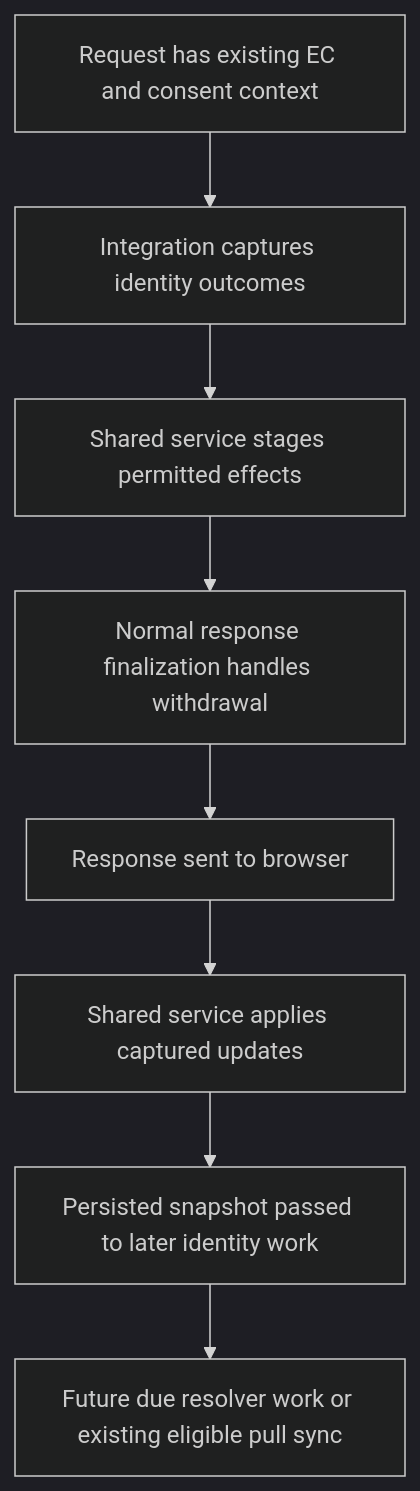
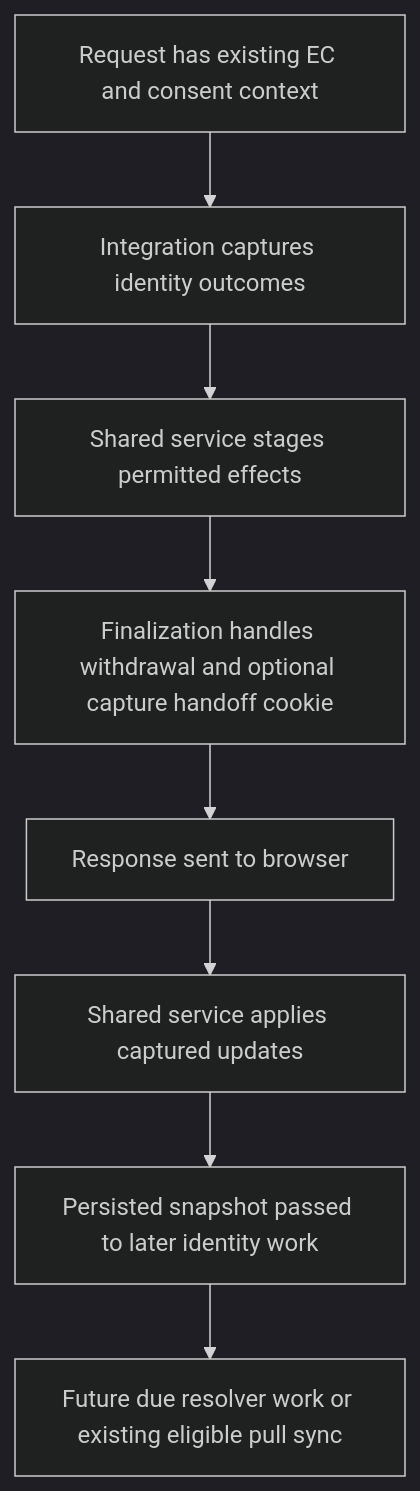
The second of 2 diagrams in docs/superpowers/specs/2026-10-09-server-side-identity-foundation-design.md (IABTechLab/trusted-server), drawn with Mermaid (dark theme) before and after one commit. The commit also changed other lines of this file and 21 other files, not shown here.

First line of the commit message:
Add authenticated identity capture handoff

````diff
--- a/docs/superpowers/specs/2026-10-09-server-side-identity-foundation-design.md
+++ b/docs/superpowers/specs/2026-10-09-server-side-identity-foundation-design.md
@@ -312,10 +334,10 @@
 ```mermaid
 flowchart TD
     A[Request has existing EC and consent context] --> B[Integration captures identity outcomes]
     B --> C[Shared service stages permitted effects]
-    C --> D[Normal response finalization handles withdrawal]
+    C --> D[Finalization handles withdrawal and optional capture handoff cookie]
     D --> E[Response sent to browser]
     E --> F[Shared service applies captured updates]
     F --> G[Persisted snapshot passed to later identity work]
     G --> H[Future due resolver work or existing eligible pull sync]
 ```
````
